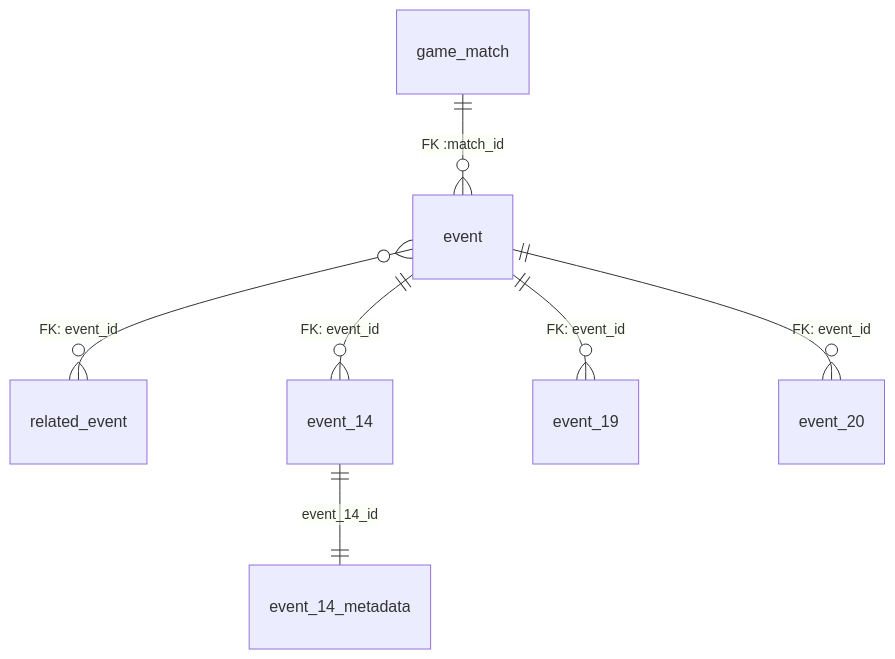
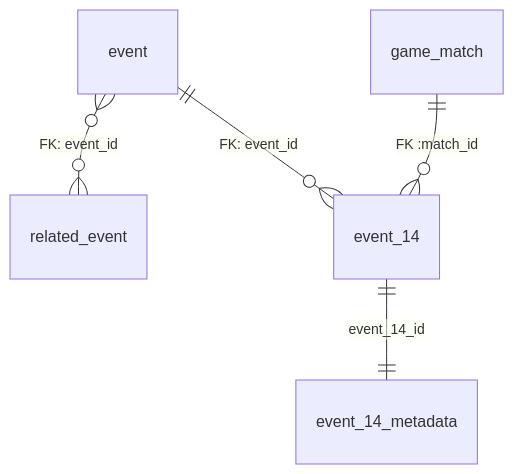
One commit to SaturnOperator/Soccer-Database changed the second of 4 diagrams in README.md. Above: the diagram before and after it, drawn with Mermaid.

Commit message:
Fixed er diagram

````diff
--- a/README.md
+++ b/README.md
@@ -36,10 +36,9 @@
 ```mermaid
 erDiagram
-		game_match ||--o{ event : "FK :match_id"
+
 		event }o--o{ related_event : "FK: event_id"
     event ||--o{ event_14 : "FK: event_id"
     event_14 ||--|| event_14_metadata : "event_14_id"
-    event ||--o{ event_19 : "FK: event_id"
-    event ||--o{ event_20 : "FK: event_id"
+    game_match ||--o{ event_14 : "FK :match_id"
 		
 ```
````
